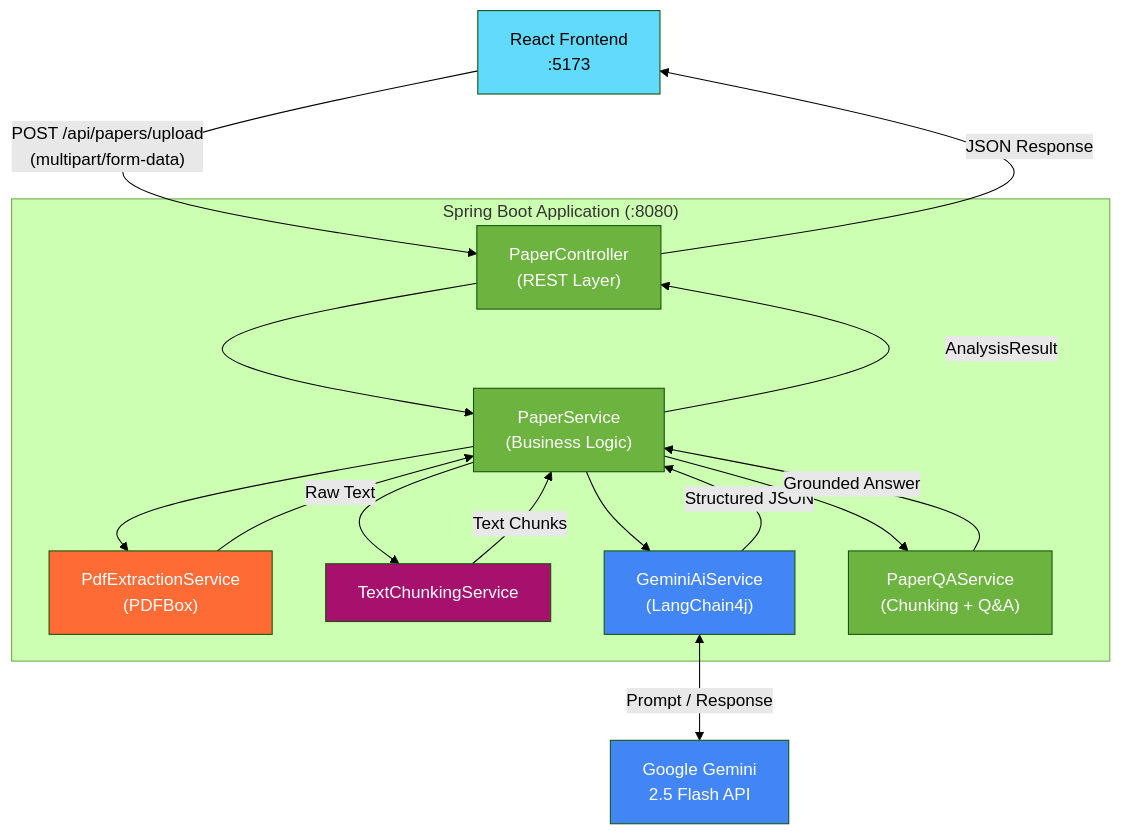
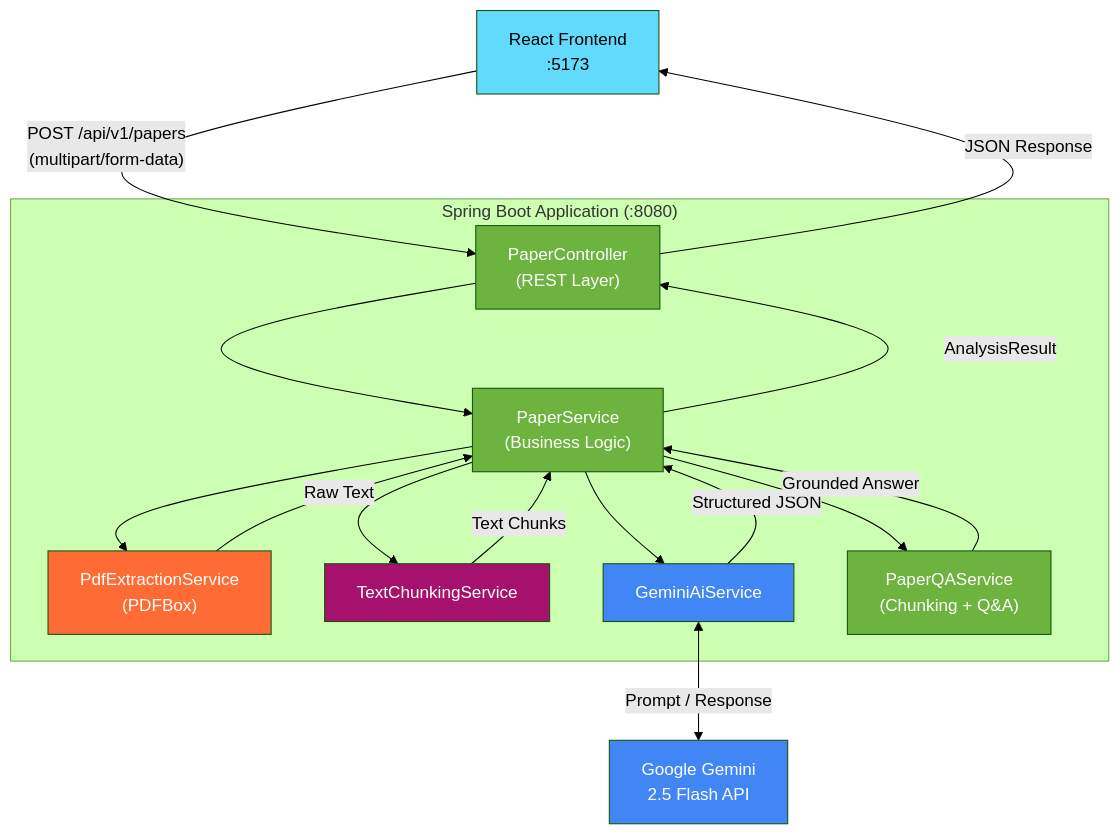
The diagram in papersage_backend/README.md (aRod209/papersage), drawn with Mermaid (forest theme) before and after one commit. The commit also changed other lines of this file, not shown here.

````diff
--- a/papersage_backend/README.md
+++ b/papersage_backend/README.md
@@ -25,32 +25,32 @@
 ```mermaid
 graph TD
-    Client["React Frontend<br/>:5173"] -->|"POST /api/papers/upload<br/>(multipart/form-data)"| Controller
+    Client["React Frontend<br/>:5173"] -->|"POST /api/v1/papers<br/>(multipart/form-data)"| Controller
 
     subgraph "Spring Boot Application (:8080)"
         Controller["PaperController<br/>(REST Layer)"]
         Controller --> PaperService["PaperService<br/>(Business Logic)"]
         PaperService --> PDFService["PdfExtractionService<br/>(PDFBox)"]
         PaperService --> ChunkService["TextChunkingService"]
-        PaperService --> AIService["GeminiAiService<br/>(LangChain4j)"]
+        PaperService --> AIService["GeminiAiService"]
         PaperService --> QAService["PaperQAService<br/>(Chunking + Q&A)"]
     end
 
     PDFService -->|"Raw Text"| PaperService
     ChunkService -->|"Text Chunks"| PaperService
     AIService -->|"Structured JSON"| PaperService
     QAService -->|"Grounded Answer"| PaperService
 
     AIService <-->|"Prompt / Response"| Gemini["Google Gemini<br/>2.5 Flash API"]
 
     PaperService -->|"AnalysisResult"| Controller
     Controller -->|"JSON Response"| Client
 
     style Client fill:#61DAFB,color:#000
     style Gemini fill:#4285F4,color:#fff
     style Controller fill:#6DB33F,color:#fff
     style PaperService fill:#6DB33F,color:#fff
     style PDFService fill:#ff6b35,color:#fff
     style ChunkService fill:#a6116d,color:#fff
     style AIService fill:#4285F4,color:#fff
     style QAService fill:#6DB33F,color:#fff
 ```
````
